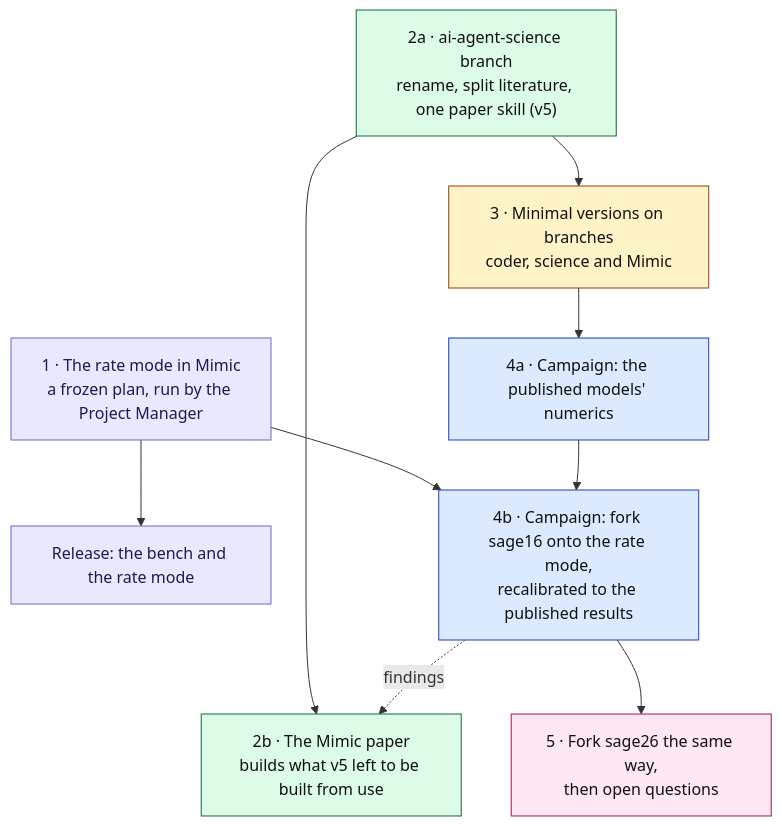
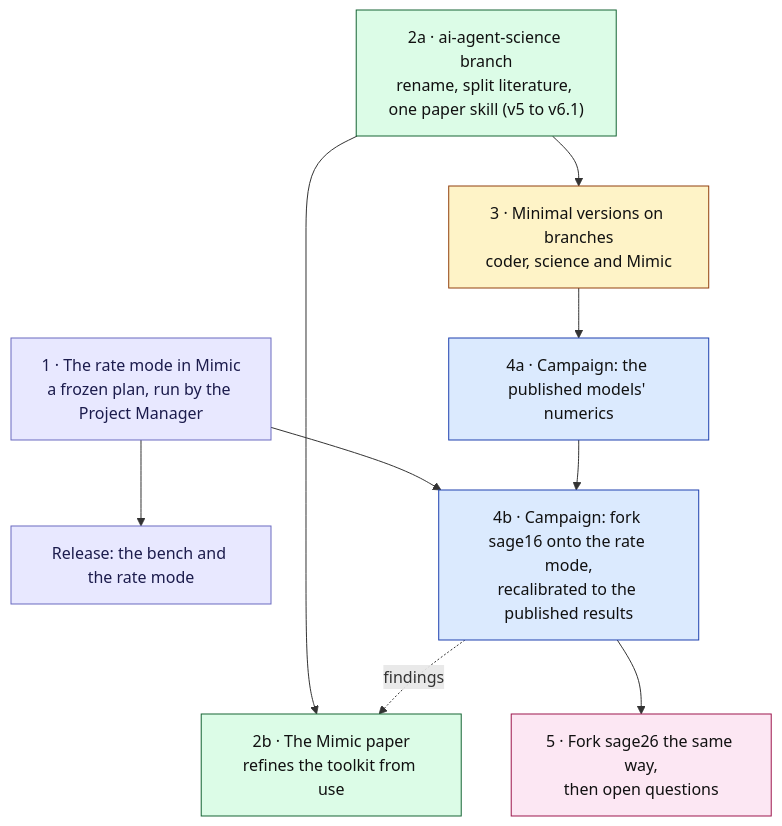
One commit to darrencroton/mimic changed the second of 2 diagrams in docs/dev/AGENTIC-SCIENCE-ARCHITECTURE.md. Above: the diagram before and after it, drawn with Mermaid. The commit also changed other lines of this file and 4 other files, not shown here.

First line of the commit message:
docs/dev: brought current with ai-agent-science v6.1 and the campaigns that ran

````diff
--- a/docs/dev/AGENTIC-SCIENCE-ARCHITECTURE.md
+++ b/docs/dev/AGENTIC-SCIENCE-ARCHITECTURE.md
@@ -272,24 +272,24 @@
 ```mermaid
 flowchart TD
     S1["1 · The rate mode in Mimic<br/>a frozen plan, run by the Project Manager"]:::mimic
     S1r["Release: the bench and the rate mode"]:::mimic
-    S2a["2a · ai-agent-science branch<br/>rename, split literature, one paper skill (v5)"]:::sci
-    S2b["2b · The Mimic paper<br/>builds what v5 left to be built from use"]:::sci
+    S2a["2a · ai-agent-science branch<br/>rename, split literature, one paper skill (v5 to v6.1)"]:::sci
+    S2b["2b · The Mimic paper<br/>refines the toolkit from use"]:::sci
     S3["3 · Minimal versions on branches<br/>coder, science and Mimic"]:::build
     S4a["4a · Campaign: the published models' numerics"]:::exp
     S4b["4b · Campaign: fork sage16 onto the rate mode,<br/>recalibrated to the published results"]:::exp
     S5["5 · Fork sage26 the same way,<br/>then open questions"]:::real
 
     S1 --> S1r
     S1 --> S4b
     S2a --> S2b
     S2a --> S3
     S3 --> S4a --> S4b --> S5
     S4b -.->|findings| S2b
 
     classDef mimic fill:#e8e8ff,stroke:#6a6ac0,color:#1c1c4d
     classDef sci fill:#dcfce7,stroke:#166534,color:#111111
     classDef build fill:#fef3c7,stroke:#92400e,color:#111111
     classDef exp fill:#dbeafe,stroke:#1e40af,color:#111111
     classDef real fill:#fce7f3,stroke:#9d174d,color:#111111
 ```
````
